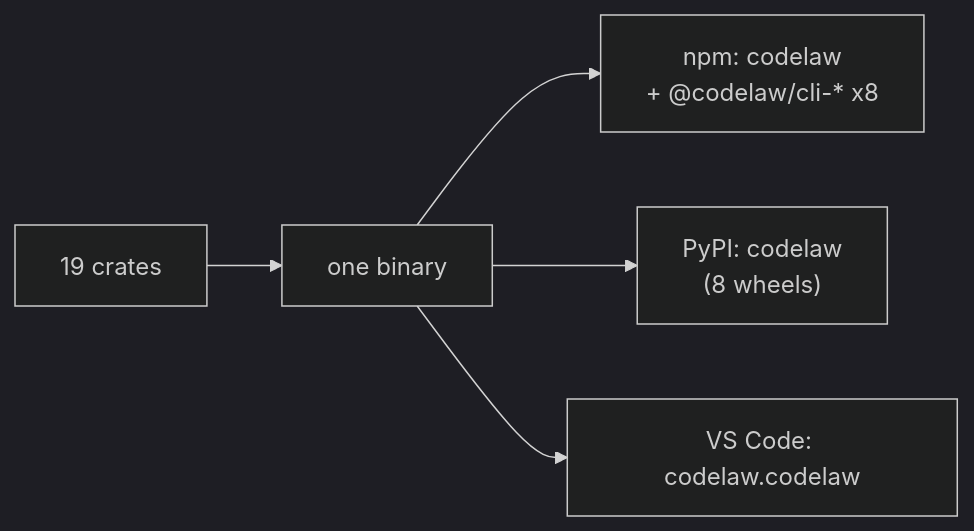
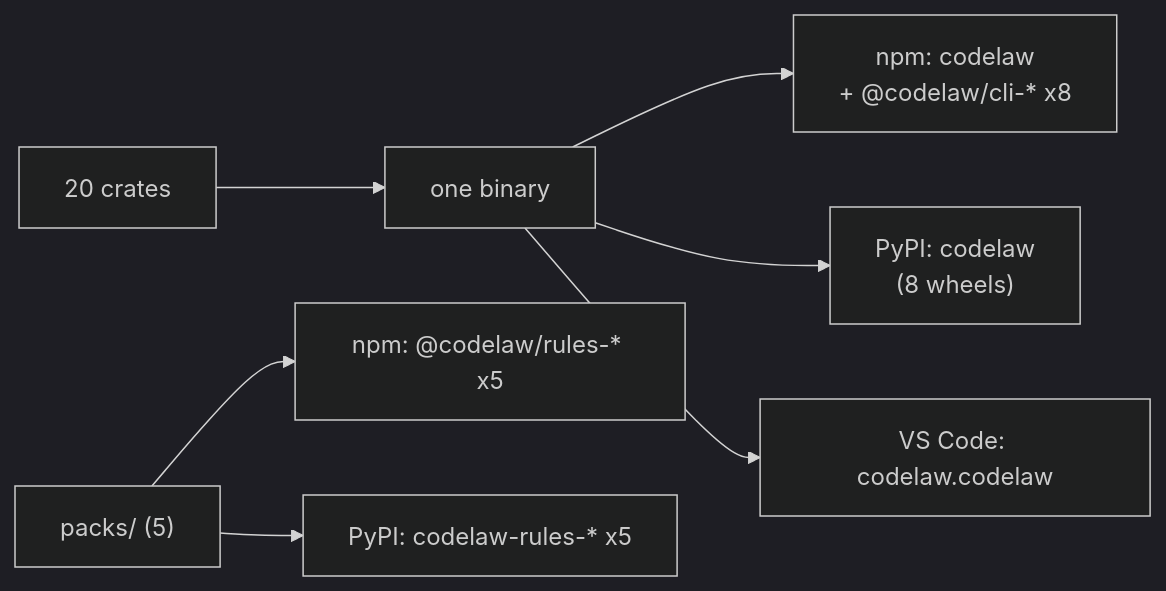
The diagram in records/0107_packages.md (arpitarya/codelaw), drawn with Mermaid (dark theme) before and after one commit. The commit also changed other lines of this file and 28 other files, not shown here.

First line of the commit message:
W-01: rules ship as five separately published packs; SR-RULE-PACKS accepted

````diff
--- a/records/0107_packages.md
+++ b/records/0107_packages.md
@@ -29,7 +31,9 @@
 ```mermaid
 flowchart LR
-    W["19 crates"] --> B["one binary"]
+    W["20 crates"] --> B["one binary"]
     B --> N["npm: codelaw<br/>+ @codelaw/cli-* x8"]
     B --> P["PyPI: codelaw<br/>(8 wheels)"]
     B --> V["VS Code: codelaw.codelaw"]
+    R["packs/ (5)"] --> NR["npm: @codelaw/rules-* x5"]
+    R --> PR["PyPI: codelaw-rules-* x5"]
 ```
````
